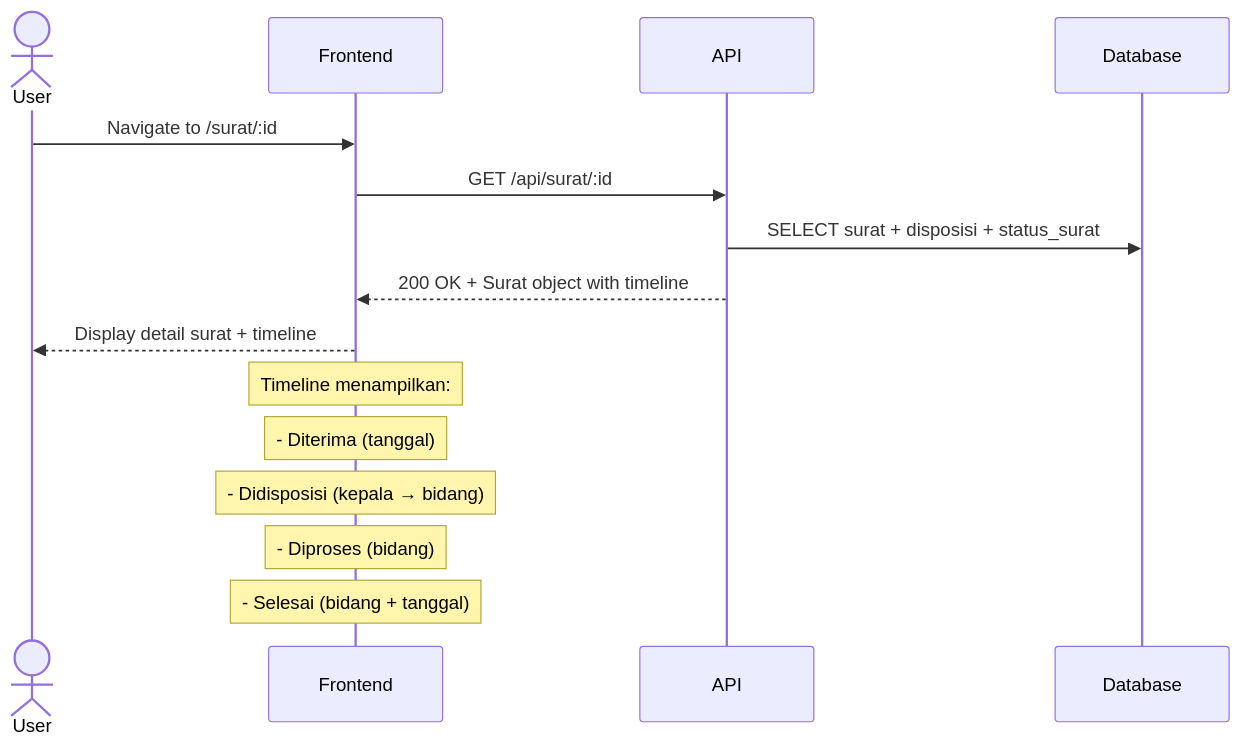
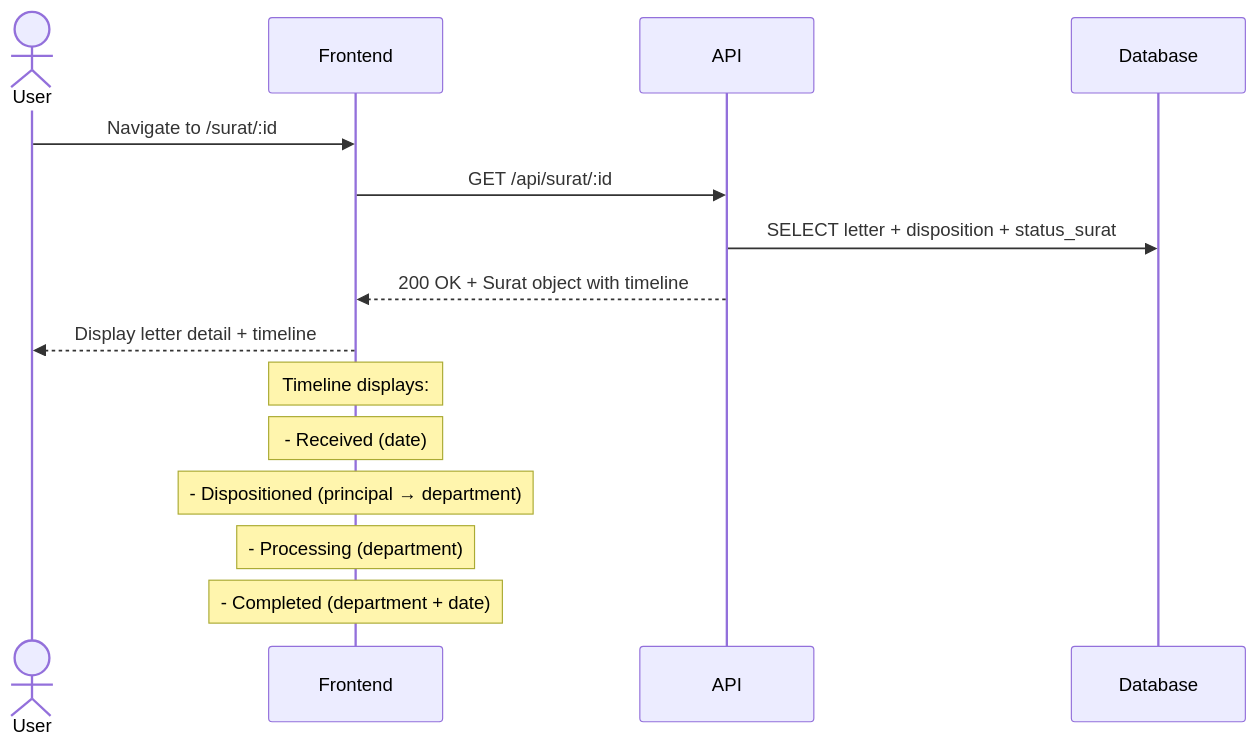
Before and after one commit to ATzFauzan1525/Nexus: the diagram in docs/system_logics/sys_uc_007.md, drawn with Mermaid. The commit also changed other lines of this file and 4 other files, not shown here.

````diff
--- a/docs/system_logics/sys_uc_007.md
+++ b/docs/system_logics/sys_uc_007.md
@@ -42,19 +42,19 @@
 ```mermaid
 sequenceDiagram
     actor User
     participant Frontend
     participant API
     participant Database
 
     User->>Frontend: Navigate to /surat/:id
     Frontend->>API: GET /api/surat/:id
-    API->>Database: SELECT surat + disposisi + status_surat
+    API->>Database: SELECT letter + disposition + status_surat
     API-->>Frontend: 200 OK + Surat object with timeline
-    Frontend-->>User: Display detail surat + timeline
+    Frontend-->>User: Display letter detail + timeline
 
-    Note over Frontend: Timeline menampilkan:
-    Note over Frontend: - Diterima (tanggal)
-    Note over Frontend: - Didisposisi (kepala → bidang)
-    Note over Frontend: - Diproses (bidang)
-    Note over Frontend: - Selesai (bidang + tanggal)
+    Note over Frontend: Timeline displays:
+    Note over Frontend: - Received (date)
+    Note over Frontend: - Dispositioned (principal → department)
+    Note over Frontend: - Processing (department)
+    Note over Frontend: - Completed (department + date)
 ```
````
